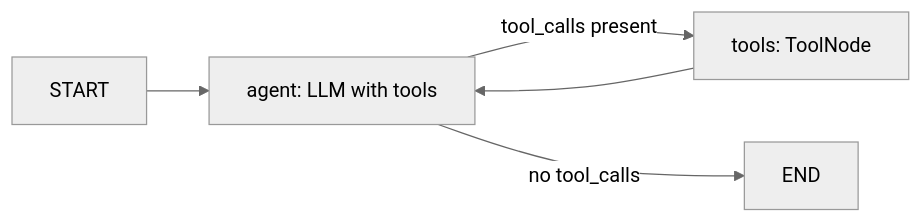
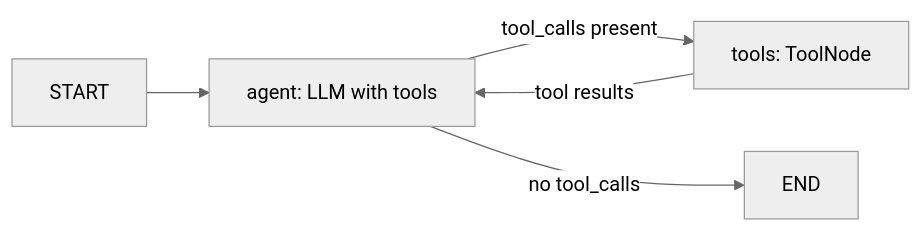
The seventh of 7 diagrams in content-en/11-agentic/02-langgraph-core.md (flow6979/viewinter), drawn with Mermaid (neutral theme) before and after one commit. The commit also changed other lines of this file and 26 other files, not shown here.

First line of the commit message:
Agentic AI: rewrite all 13 pages to explain from scratch; animate diagrams on every article

````diff
--- a/content-en/11-agentic/02-langgraph-core.md
+++ b/content-en/11-agentic/02-langgraph-core.md
@@ -427,7 +723,7 @@
 ```mermaid
 flowchart LR
     S["START"] --> A["agent: LLM with tools"]
-    A -- "tool_calls present" --> T["tools: ToolNode"]
-    T --> A
-    A -- "no tool_calls" --> E["END"]
+    A -->|tool_calls present| T["tools: ToolNode"]
+    A -->|no tool_calls| E["END"]
+    T -->|tool results| A
 ```
````
